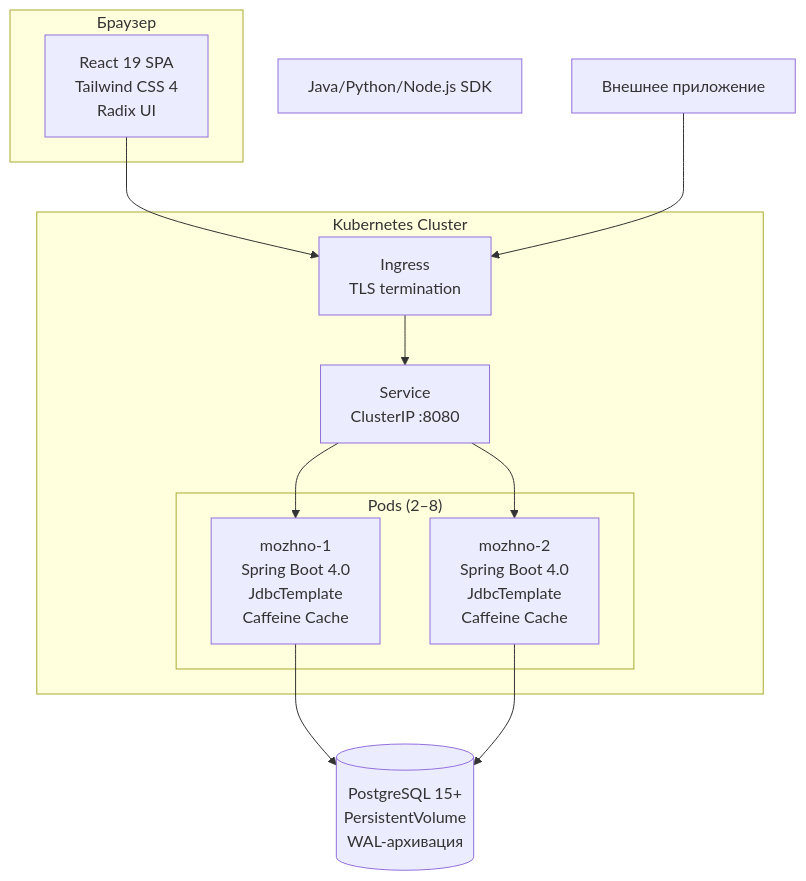
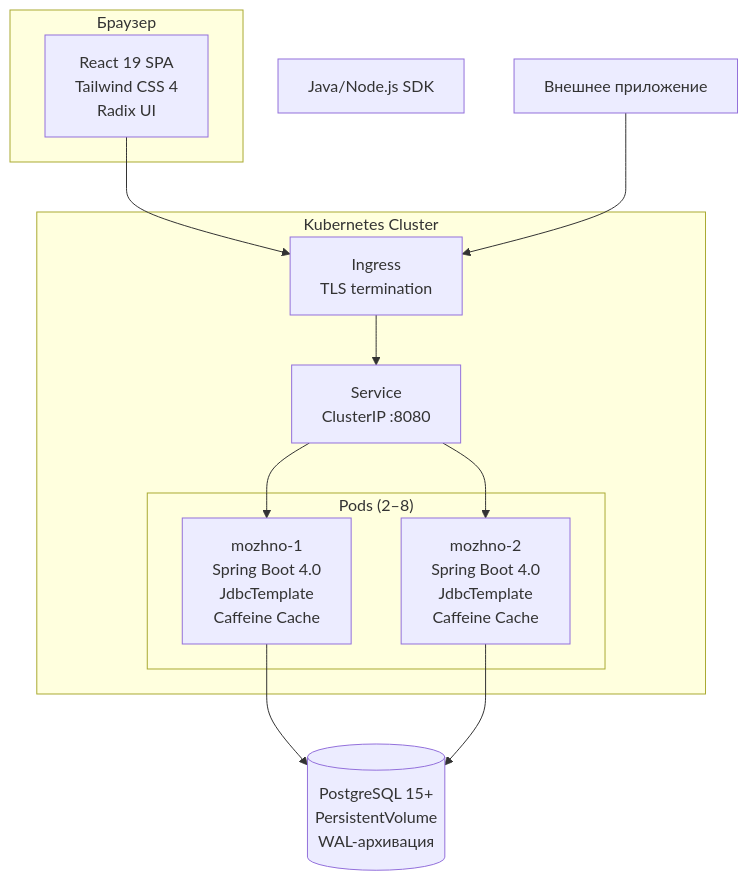
The sixth of 6 diagrams in docs/advanced/architecture.md (edgar-dev20/mozhno), drawn with Mermaid before and after one commit. The commit also changed other lines of this file and 67 other files, not shown here.

````diff
--- a/docs/advanced/architecture.md
+++ b/docs/advanced/architecture.md
@@ -253,28 +264,28 @@
 ```mermaid
 graph TB
     subgraph "Браузер"
         SPA[React 19 SPA<br/>Tailwind CSS 4<br/>Radix UI]
     end
 
     subgraph "Kubernetes Cluster"
         INGRESS[Ingress<br/>TLS termination]
         subgraph "Pods (2–8)"
             P1[mozhno-1<br/>Spring Boot 4.0<br/>JdbcTemplate<br/>Caffeine Cache]
             P2[mozhno-2<br/>Spring Boot 4.0<br/>JdbcTemplate<br/>Caffeine Cache]
         end
         SVC[Service<br/>ClusterIP :8080]
     end
 
     PG[(PostgreSQL 15+<br/>PersistentVolume<br/>WAL-архивация)]
 
-    SDK[Java/Python/Node.js SDK]
+    SDK[Java/Node.js SDK]
     SDK2[Внешнее приложение]
 
     SPA --> INGRESS
     INGRESS --> SVC
     SVC --> P1
     SVC --> P2
     P1 --> PG
     P2 --> PG
     SDK2 --> INGRESS
 ```
````
